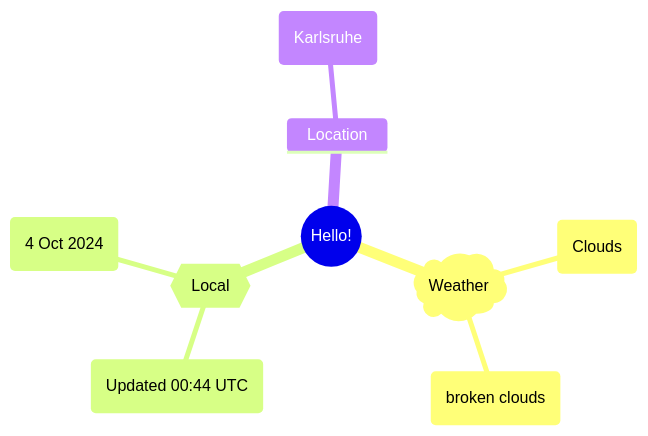
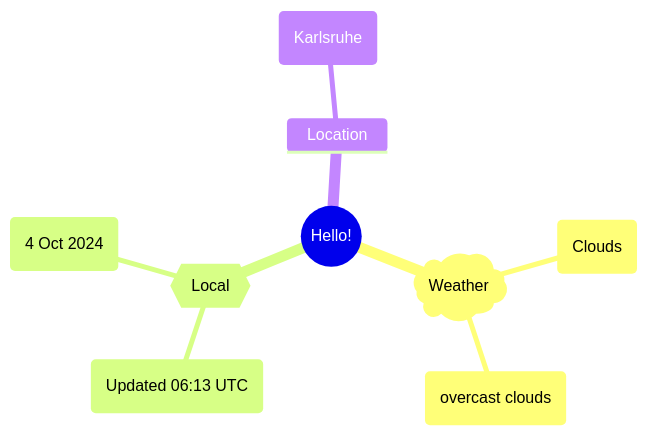
Before and after one commit to Xosrov/Xosrov: the first of 2 diagrams in README.md, drawn with Mermaid.

Commit message:
[bot] updated images

````diff
--- a/README.md
+++ b/README.md
@@ -3,12 +3,12 @@
 ```mermaid
 mindmap
   root((Hello!))
     )Weather(
         (Clouds)
-        (broken clouds)
+        (overcast clouds)
     {{Local}}
-        (Updated 00:44 UTC)
+        (Updated 06:13 UTC)
         (4 Oct 2024)
     Location
         (Karlsruhe)
 ```
````
